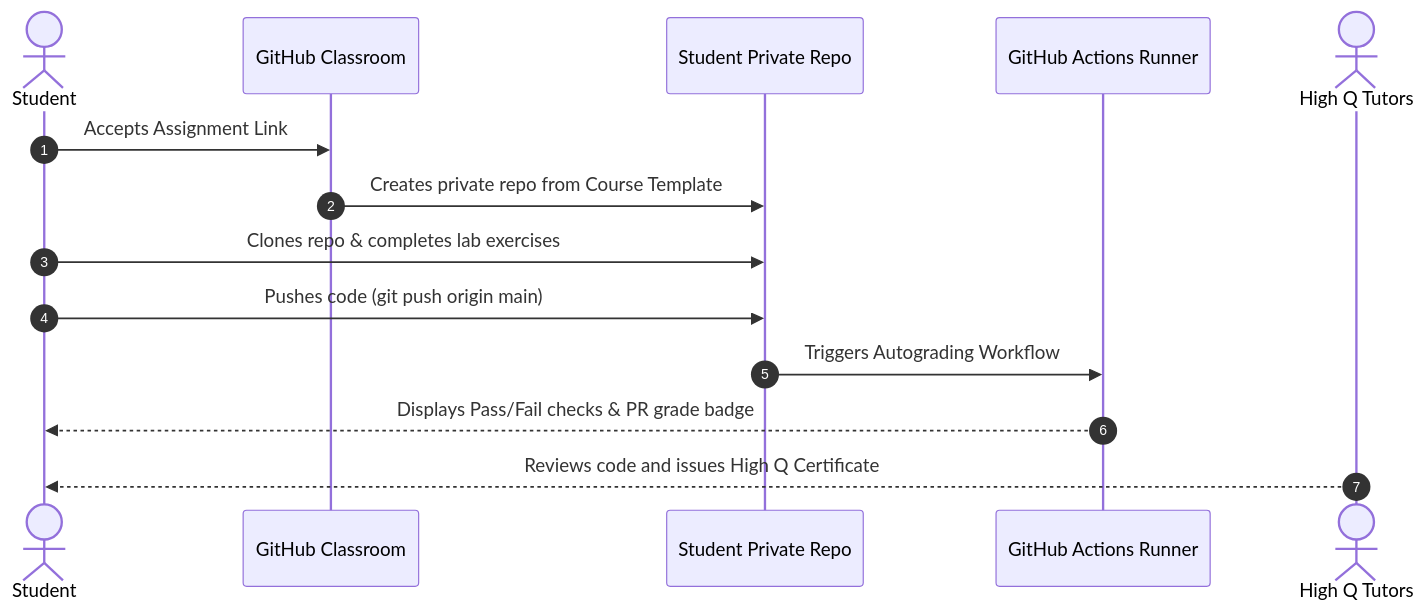
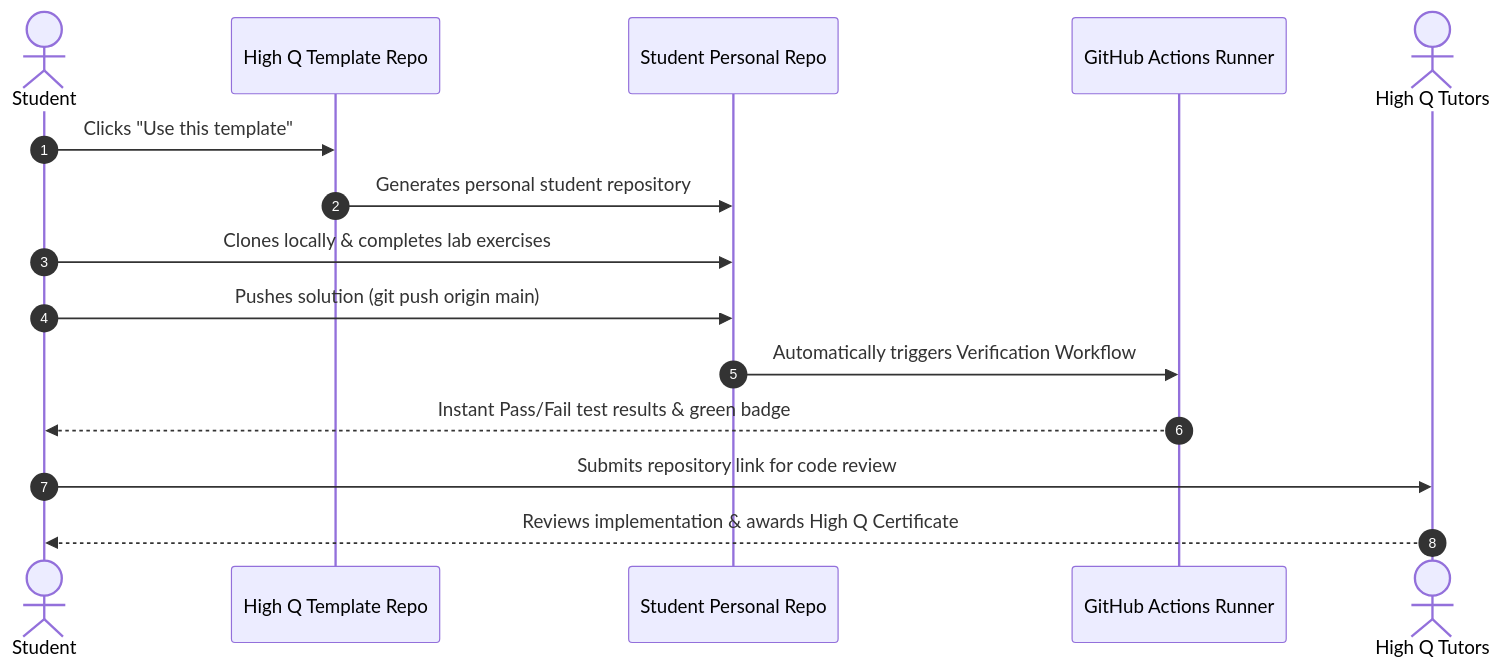
Before and after one commit to High-Q-Solid-Academy/.github: the second of 2 diagrams in profile/README.md, drawn with Mermaid. The commit also changed other lines of this file, not shown here.

Commit message:
docs: update workflow to template repositories and automated verification

````diff
--- a/profile/README.md
+++ b/profile/README.md
@@ -79,17 +79,18 @@
 ```mermaid
 sequenceDiagram
     autonumber
     actor Student as Student
-    participant Classroom as GitHub Classroom
-    participant Repo as Student Private Repo
+    participant Template as High Q Template Repo
+    participant Personal as Student Personal Repo
     participant Actions as GitHub Actions Runner
     actor Tutor as High Q Tutors
 
-    Student->>Classroom: Accepts Assignment Link
-    Classroom->>Repo: Creates private repo from Course Template
-    Student->>Repo: Clones repo & completes lab exercises
-    Student->>Repo: Pushes code (git push origin main)
-    Repo->>Actions: Triggers Autograding Workflow
-    Actions-->>Student: Displays Pass/Fail checks & PR grade badge
-    Tutor-->>Student: Reviews code and issues High Q Certificate
+    Student->>Template: Clicks "Use this template"
+    Template->>Personal: Generates personal student repository
+    Student->>Personal: Clones locally & completes lab exercises
+    Student->>Personal: Pushes solution (git push origin main)
+    Personal->>Actions: Automatically triggers Verification Workflow
+    Actions-->>Student: Instant Pass/Fail test results & green badge
+    Student->>Tutor: Submits repository link for code review
+    Tutor-->>Student: Reviews implementation & awards High Q Certificate
 ```
````
